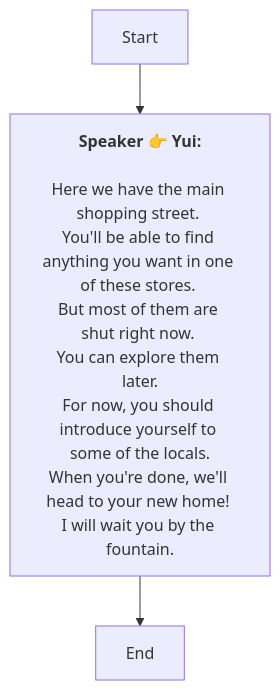
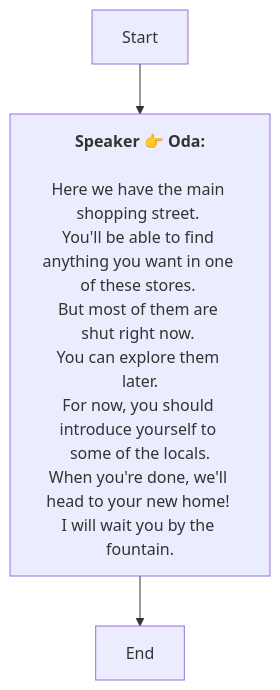
The diagram in En/QuestStartTalkENode_1741757389221183.md (SoftHu/tos_avg), drawn with Mermaid before and after one commit. The commit also changed 737 other files, not shown here.

````diff
--- a/En/QuestStartTalkENode_1741757389221183.md
+++ b/En/QuestStartTalkENode_1741757389221183.md
@@ -1,14 +1,10 @@
 ```mermaid
 graph
-Start -->1741757429204290[<b>Speaker 👉 Yui:</b>
-
-Here we have the main shopping street. 
-You'll be able to find anything you want in one of these stores. 
-But most of them are shut right now. 
-You can explore them later.
-For now, you should introduce yourself to some of the locals.
-When you're done, we'll head to your new home! 
+Start -->1741757429204290[<b>Speaker 👉 Oda:</b>
+\nHere we have the main shopping street. 
+You'll be able to find anything you want in one of these stores. \nBut most of them are shut right now. 
+You can explore them later.\nFor now, you should introduce yourself to some of the locals.\nWhen you're done, we'll head to your new home! 
 I will wait you by the fountain.]
 1741757429204290 -->1741757508892995[End]
 
- ```
+```
````
